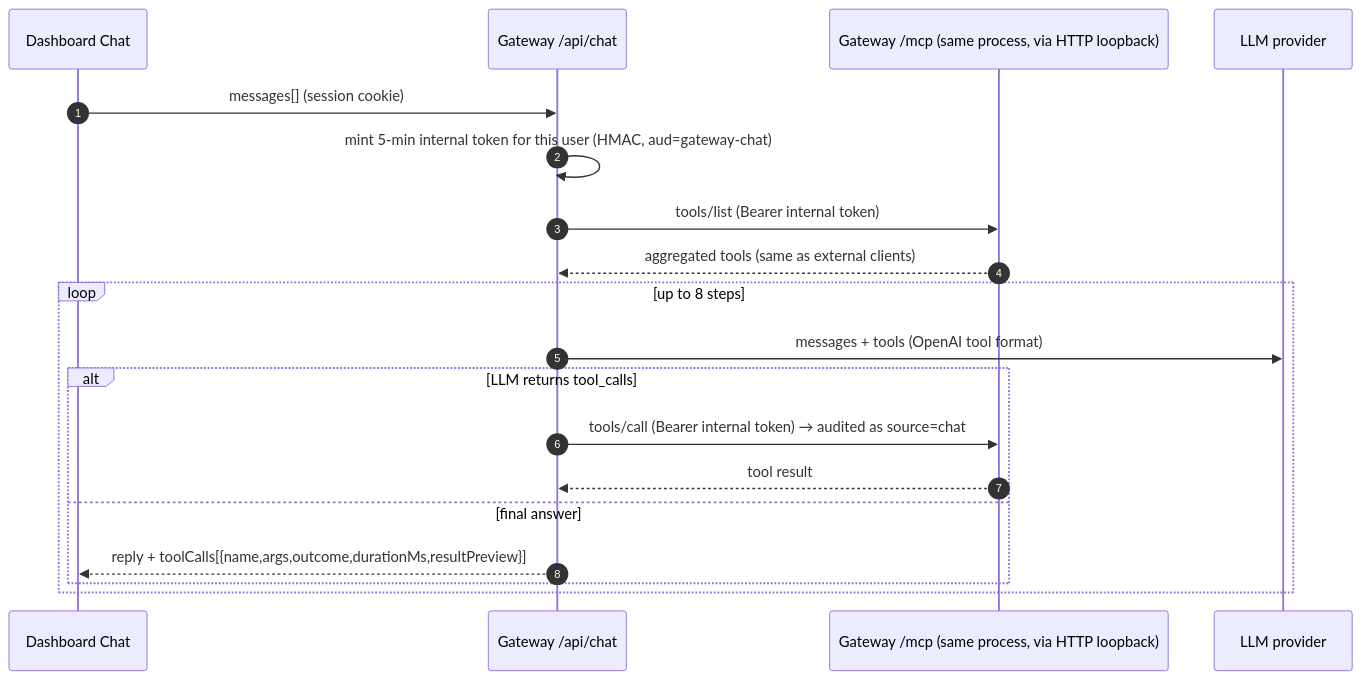
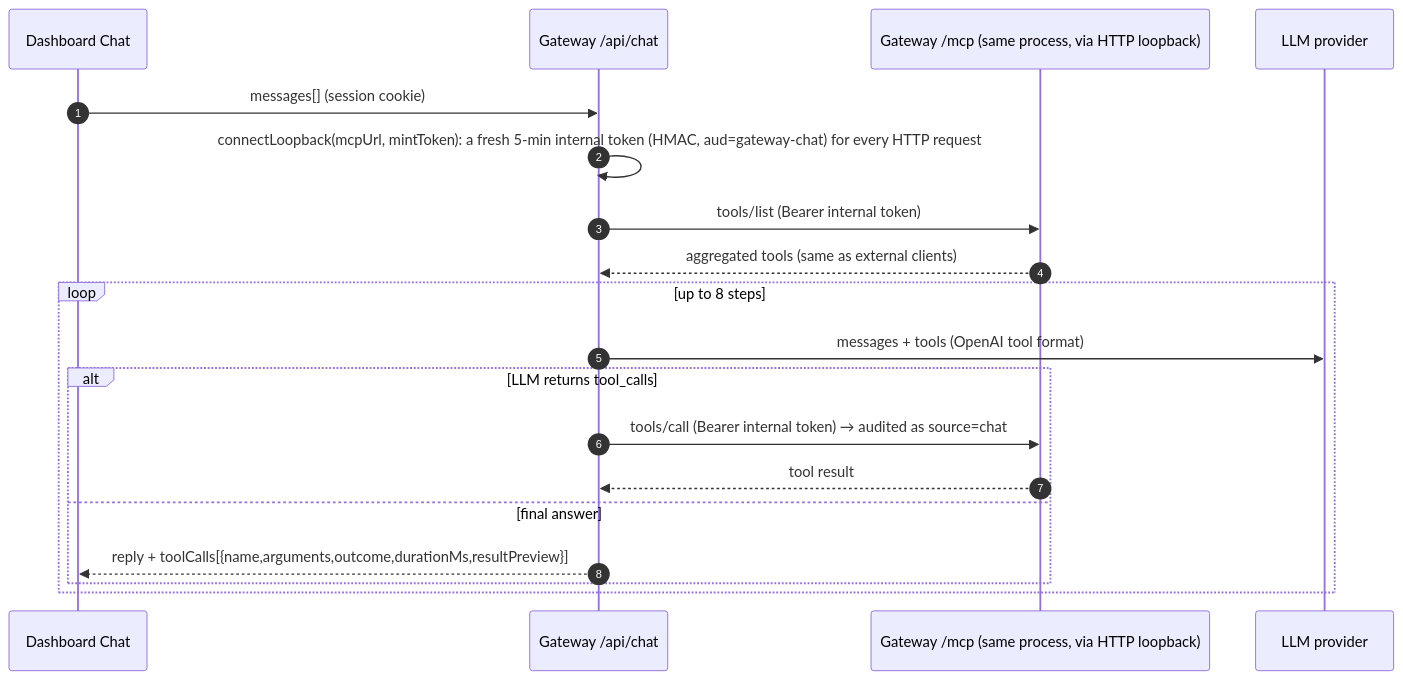
One commit to tushar66sharma/MCP-Gateway-on-Kubernetes changed the fourth of 4 diagrams in docs/superpowers/specs/2026-10-18-mcp-gateway-design.md. Above: the diagram before and after it, drawn with Mermaid. The commit also changed other lines of this file and 1 other file, not shown here.

Commit message:
docs: align the spec with the built chat agent and tick the Phase 4 carry-forward items

````diff
--- a/docs/superpowers/specs/2026-10-18-mcp-gateway-design.md
+++ b/docs/superpowers/specs/2026-10-18-mcp-gateway-design.md
@@ -369,21 +369,21 @@
 ```mermaid
 sequenceDiagram
   autonumber
   participant UI as Dashboard Chat
   participant API as Gateway /api/chat
   participant MCP as Gateway /mcp (same process, via HTTP loopback)
   participant LLM as LLM provider
   UI->>API: messages[] (session cookie)
-  API->>API: mint 5-min internal token for this user (HMAC, aud=gateway-chat)
+  API->>API: connectLoopback(mcpUrl, mintToken): a fresh 5-min internal token (HMAC, aud=gateway-chat) for every HTTP request
   API->>MCP: tools/list (Bearer internal token)
   MCP-->>API: aggregated tools (same as external clients)
   loop up to 8 steps
     API->>LLM: messages + tools (OpenAI tool format)
     alt LLM returns tool_calls
       API->>MCP: tools/call (Bearer internal token)  → audited as source=chat
       MCP-->>API: tool result
     else final answer
-      API-->>UI: reply + toolCalls[{name,args,outcome,durationMs,resultPreview}]
+      API-->>UI: reply + toolCalls[{name,arguments,outcome,durationMs,resultPreview}]
     end
   end
 ```
````
